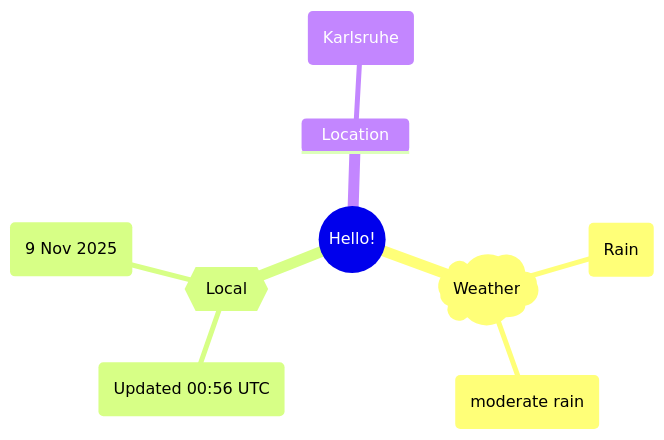
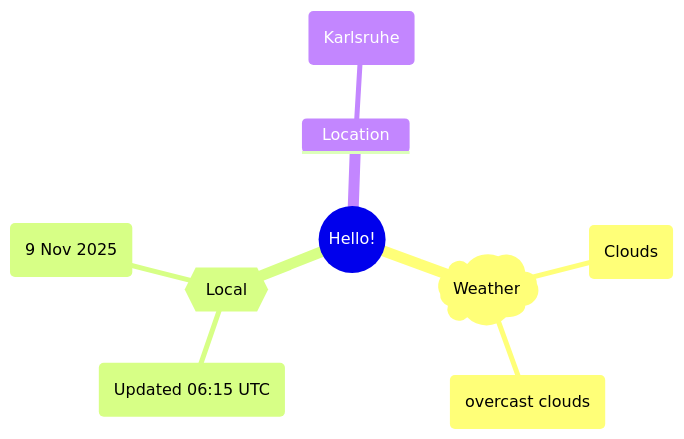
The first of 2 diagrams in README.md (Xosrov/Xosrov), drawn with Mermaid before and after one commit.

Commit message:
[bot] updated images

````diff
--- a/README.md
+++ b/README.md
@@ -3,12 +3,12 @@
 ```mermaid
 mindmap
   root((Hello!))
     )Weather(
-        (Rain)
-        (moderate rain)
+        (Clouds)
+        (overcast clouds)
     {{Local}}
-        (Updated 00:56 UTC)
+        (Updated 06:15 UTC)
         (9 Nov 2025)
     Location
         (Karlsruhe)
 ```
````
